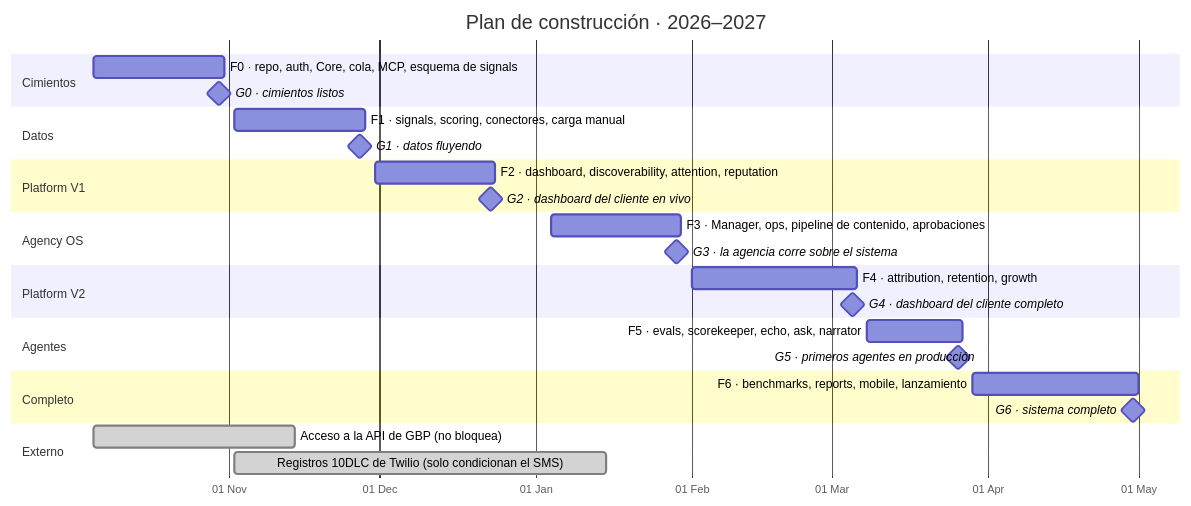
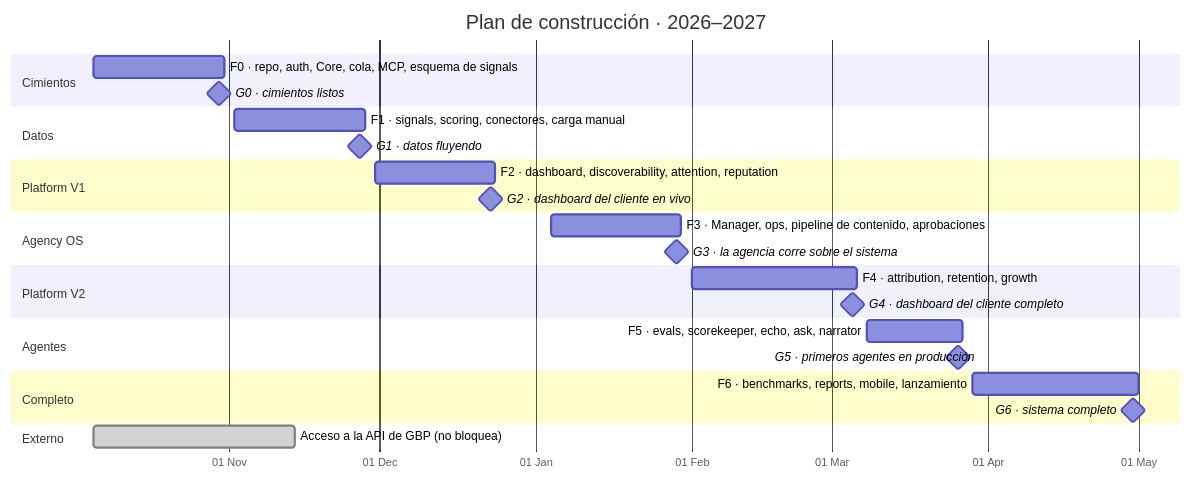
Before and after one commit to atriumad/atrium.agent.docs: the diagram in i18n/es/docusaurus-plugin-content-docs/current/plan/index.md, drawn with Mermaid. The commit also changed other lines of this file and 105 other files, not shown here.

First line of the commit message:
docs: sync content from the platform repo (loyalty, ADR 0019-0022, agents, architecture), keep the design system

````diff
--- a/i18n/es/docusaurus-plugin-content-docs/current/plan/index.md
+++ b/i18n/es/docusaurus-plugin-content-docs/current/plan/index.md
@@ -11,30 +11,29 @@
 ```mermaid
 gantt
   title Plan de construcción · 2026–2027
   dateFormat YYYY-MM-DD
   axisFormat %d %b
   section Cimientos
   F0 · repo, auth, Core, cola, MCP, esquema de signals :f0, 2026-10-05, 2026-10-31
   G0 · cimientos listos                                :milestone, g0, 2026-10-30, 0d
   section Datos
   F1 · signals, scoring, conectores, carga manual      :f1, 2026-11-02, 2026-11-28
   G1 · datos fluyendo                                  :milestone, g1, 2026-11-27, 0d
   section Platform V1
   F2 · dashboard, discoverability, attention, reputation :f2, 2026-11-30, 2026-12-24
   G2 · dashboard del cliente en vivo                   :milestone, g2, 2026-12-23, 0d
   section Agency OS
   F3 · Manager, ops, pipeline de contenido, aprobaciones :f3, 2027-01-04, 2027-01-30
   G3 · la agencia corre sobre el sistema               :milestone, g3, 2027-01-29, 0d
   section Platform V2
   F4 · attribution, retention, growth                  :f4, 2027-02-01, 2027-03-06
   G4 · dashboard del cliente completo                  :milestone, g4, 2027-03-05, 0d
   section Agentes
   F5 · evals, scorekeeper, echo, ask, narrator         :f5, 2027-03-08, 2027-03-27
   G5 · primeros agentes en producción                  :milestone, g5, 2027-03-26, 0d
   section Completo
   F6 · benchmarks, reports, mobile, lanzamiento        :f6, 2027-03-29, 2027-05-01
   G6 · sistema completo                                :milestone, g6, 2027-04-30, 0d
   section Externo
   Acceso a la API de GBP (no bloquea)                  :done, ext, 2026-10-05, 2026-11-14
-  Registros 10DLC de Twilio (solo condicionan el SMS)  :done, ext2, 2026-11-02, 2027-01-15
 ```
````
